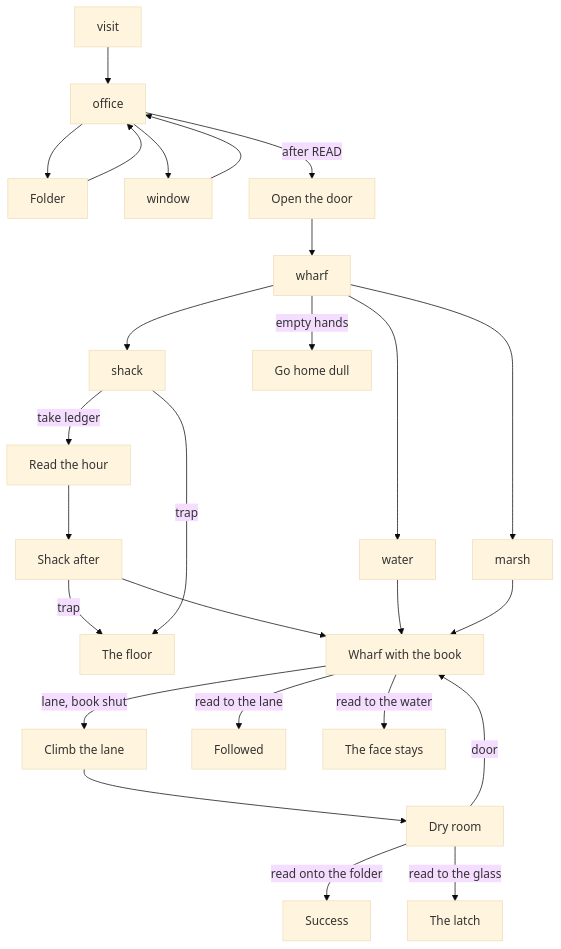
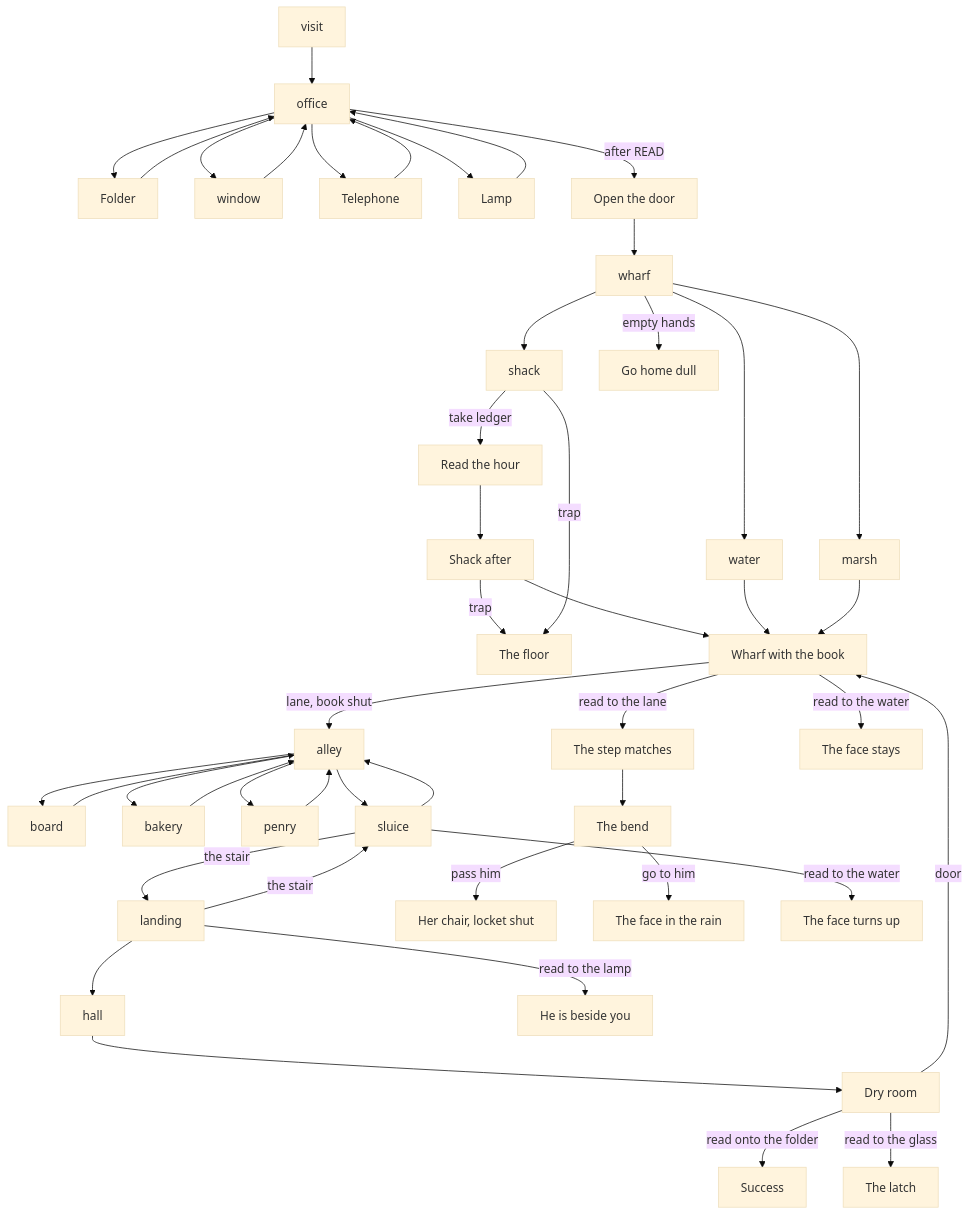
One commit to corepunch/books changed the diagram in books/salt/work/MAP.md. Above: the diagram before and after it, drawn with Mermaid (base theme). The commit also changed other lines of this file and 104 other files, not shown here.

````diff
--- a/books/salt/work/MAP.md
+++ b/books/salt/work/MAP.md
@@ -23,28 +29,48 @@
 ```mermaid
 graph TD
   visit --> office
   office --> file[Folder]
   office --> window
+  office --> phone[Telephone]
+  office --> lamp[Lamp]
   file --> office
   window --> office
+  phone --> office
+  lamp --> office
   office -->|after READ| door[Open the door]
   door --> wharf
   wharf --> water
   wharf --> marsh
   wharf --> shack
   wharf -->|empty hands| home[Go home dull]
   shack -->|take ledger| knew[Read the hour]
   knew --> bare[Shack after]
   bare -->|trap| floor[The floor]
   shack -->|trap| floor
   bare --> book[Wharf with the book]
   water --> book
   marsh --> book
-  book -->|lane, book shut| climb[Climb the lane]
-  climb --> dry[Dry room]
+  book -->|lane, book shut| alley
+  alley --> board
+  alley --> bakery
+  alley --> penry
+  board --> alley
+  bakery --> alley
+  penry --> alley
+  alley --> sluice
+  sluice --> alley
+  sluice -->|the stair| landing
+  landing -->|the stair| sluice
+  landing --> hall
+  hall --> dry[Dry room]
   dry -->|read onto the folder| win[Success]
   dry -->|read to the glass| glass[The latch]
   dry -->|door| book
-  book -->|read to the lane| fog[Followed]
+  book -->|read to the lane| fog[The step matches]
+  fog --> bend[The bend]
+  bend -->|pass him| stair[Her chair, locket shut]
+  bend -->|go to him| face[The face in the rain]
   book -->|read to the water| tide[The face stays]
+  sluice -->|read to the water| risen[The face turns up]
+  landing -->|read to the lamp| beside[He is beside you]
 ```
````
